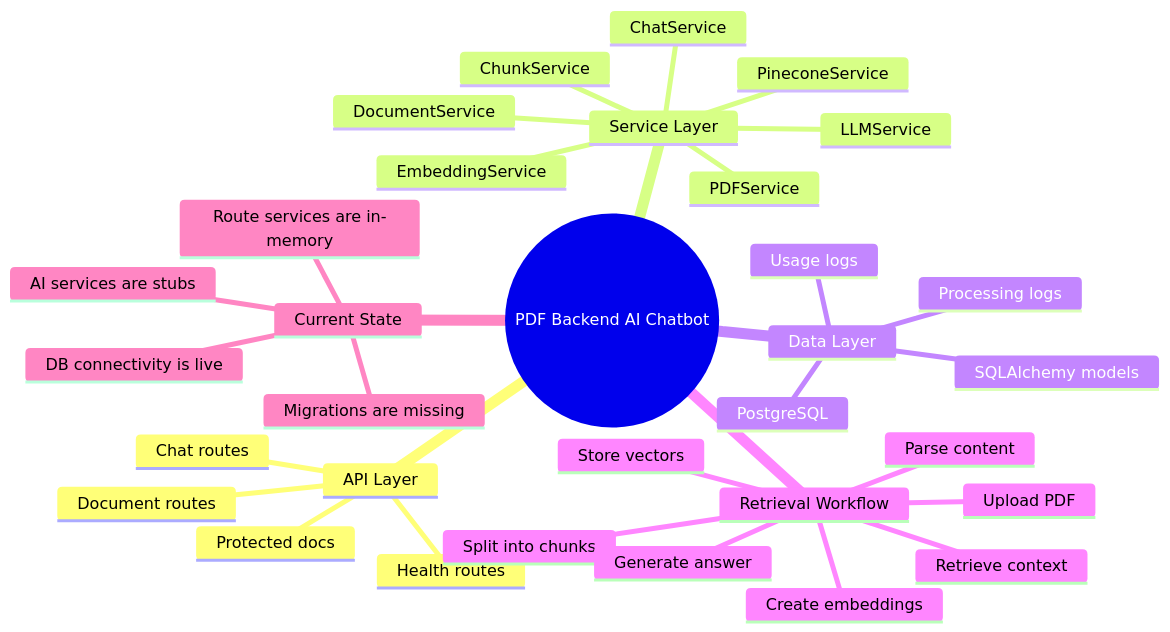
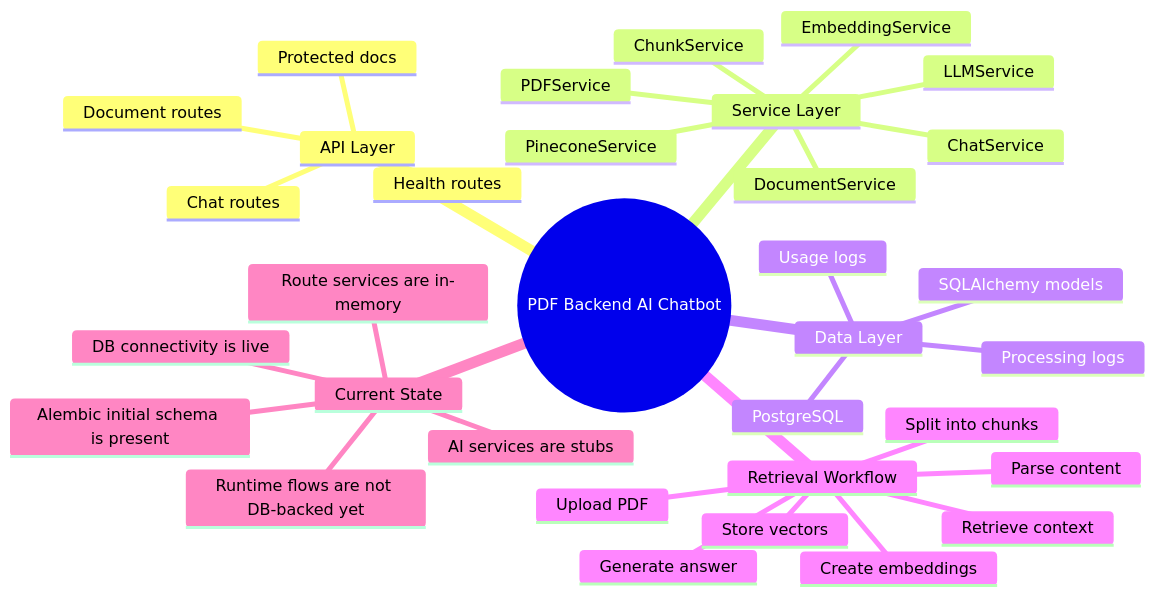
One commit to Basu19062001/pdf-backend-AI-chatbot changed the first of 8 diagrams in README.md. Above: the diagram before and after it, drawn with Mermaid. The commit also changed other lines of this file, not shown here.

Commit message:
feat: Add Alembic migration setup and document initial schema in README

````diff
--- a/README.md
+++ b/README.md
@@ -30,35 +30,36 @@
 ```mermaid
 mindmap
   root((PDF Backend AI Chatbot))
     API Layer
       Health routes
       Document routes
       Chat routes
       Protected docs
     Service Layer
       DocumentService
       ChatService
       PDFService
       ChunkService
       EmbeddingService
       PineconeService
       LLMService
     Data Layer
       PostgreSQL
       SQLAlchemy models
       Usage logs
       Processing logs
     Retrieval Workflow
       Upload PDF
       Parse content
       Split into chunks
       Create embeddings
       Store vectors
       Retrieve context
       Generate answer
     Current State
       DB connectivity is live
+      Alembic initial schema is present
       Route services are in-memory
       AI services are stubs
-      Migrations are missing
+      Runtime flows are not DB-backed yet
 ```
````
